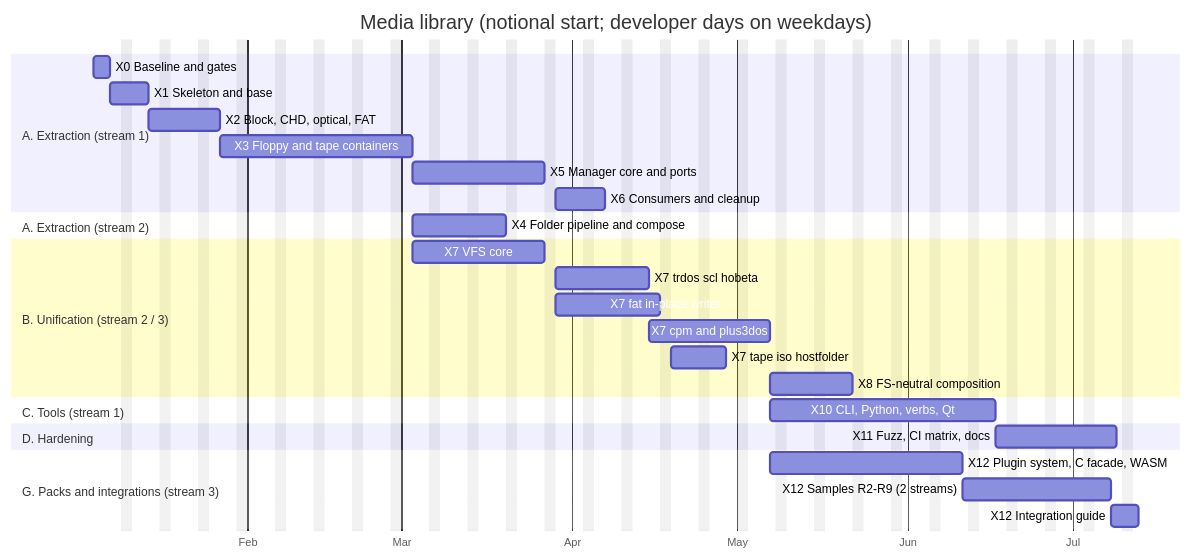
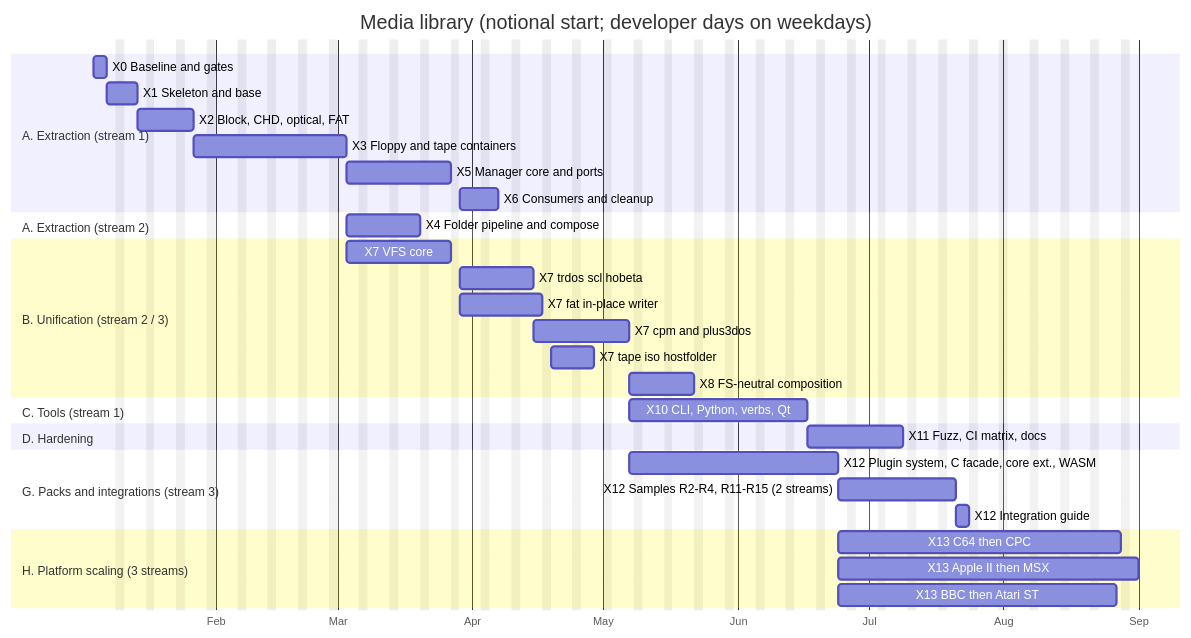
One commit to alfishe/unreal-ng changed the diagram in docs/inprogress/2026-10-05-media-multisource/library-extraction/extraction-plan.md. Above: the diagram before and after it, drawn with Mermaid. The commit also changed other lines of this file and 6 other files, not shown here.

First line of the commit message:
docs(media): unreal-media plan - platform scaling to six more platforms

````diff
--- a/docs/inprogress/2026-10-05-media-multisource/library-extraction/extraction-plan.md
+++ b/docs/inprogress/2026-10-05-media-multisource/library-extraction/extraction-plan.md
@@ -221,31 +243,35 @@
 ```mermaid
 gantt
     title Media library (notional start; developer days on weekdays)
     dateFormat  YYYY-MM-DD
     excludes    weekends
     axisFormat  %b
     section A. Extraction (stream 1)
     X0 Baseline and gates          :x0, 2027-01-04, 3d
     X1 Skeleton and base           :x1, after x0, 5d
     X2 Block, CHD, optical, FAT    :x2, after x1, 9d
     X3 Floppy and tape containers  :x3, after x2, 25d
     X5 Manager core and ports      :x5, after x3, 18d
     X6 Consumers and cleanup       :x6, after x5 x4, 7d
     section A. Extraction (stream 2)
     X4 Folder pipeline and compose :x4, after x3, 13d
     section B. Unification (stream 2 / 3)
     X7 VFS core                    :x7c, after x3, 18d
     X7 trdos scl hobeta            :x7t, after x7c, 13d
     X7 fat in-place writer         :x7f, after x7c, 15d
     X7 cpm and plus3dos            :x7p, after x7t, 16d
     X7 tape iso hostfolder         :x7o, after x7f, 8d
     X8 FS-neutral composition      :x8, after x7p x7o x6, 11d
     section C. Tools (stream 1)
     X10 CLI, Python, verbs, Qt     :x10, after x6 x7p, 29d
     section D. Hardening
     X11 Fuzz, CI matrix, docs      :x11, after x8 x10, 16d
     section G. Packs and integrations (stream 3)
-    X12 Plugin system, C facade, WASM :x12a, after x7p, 25d
-    X12 Samples R2-R9 (2 streams)  :x12b, after x12a, 19d
+    X12 Plugin system, C facade, core ext., WASM :x12a, after x7p, 34d
+    X12 Samples R2-R4, R11-R15 (2 streams) :x12b, after x12a, 19d
     X12 Integration guide          :x12c, after x12b, 3d
+    section H. Platform scaling (3 streams)
+    X13 C64 then CPC               :x13a, after x12a, 47d
+    X13 Apple II then MSX          :x13b, after x12a, 49d
+    X13 BBC then Atari ST          :x13c, after x12a, 46d
 ```
````
